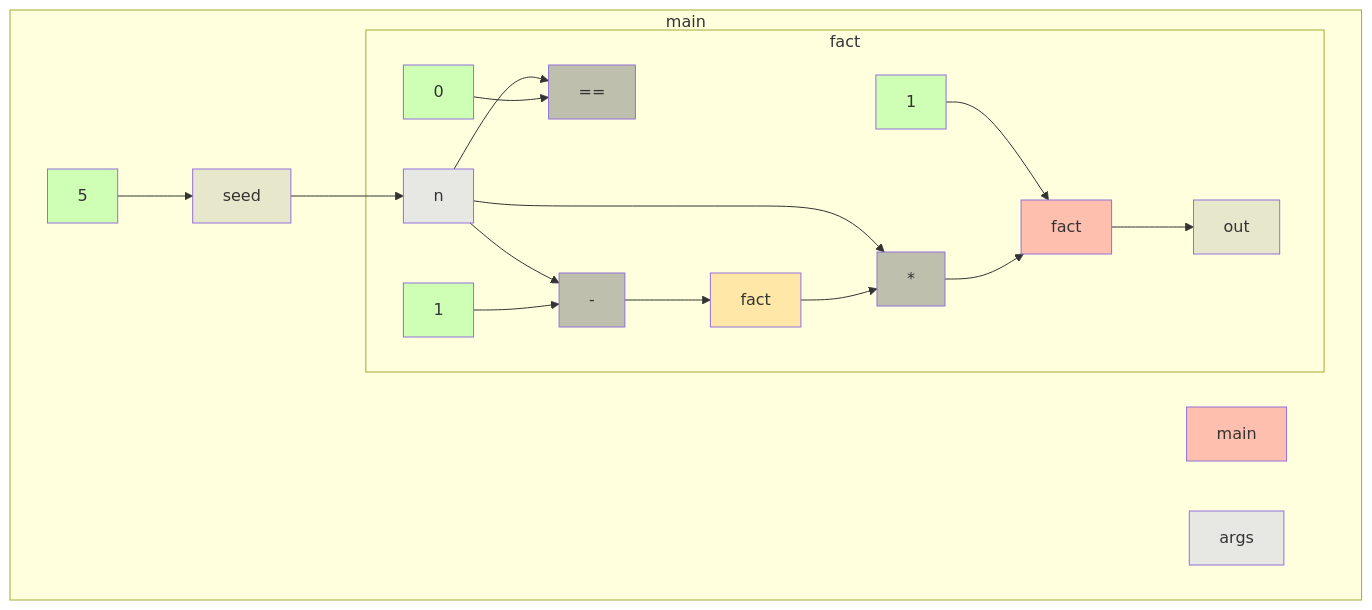
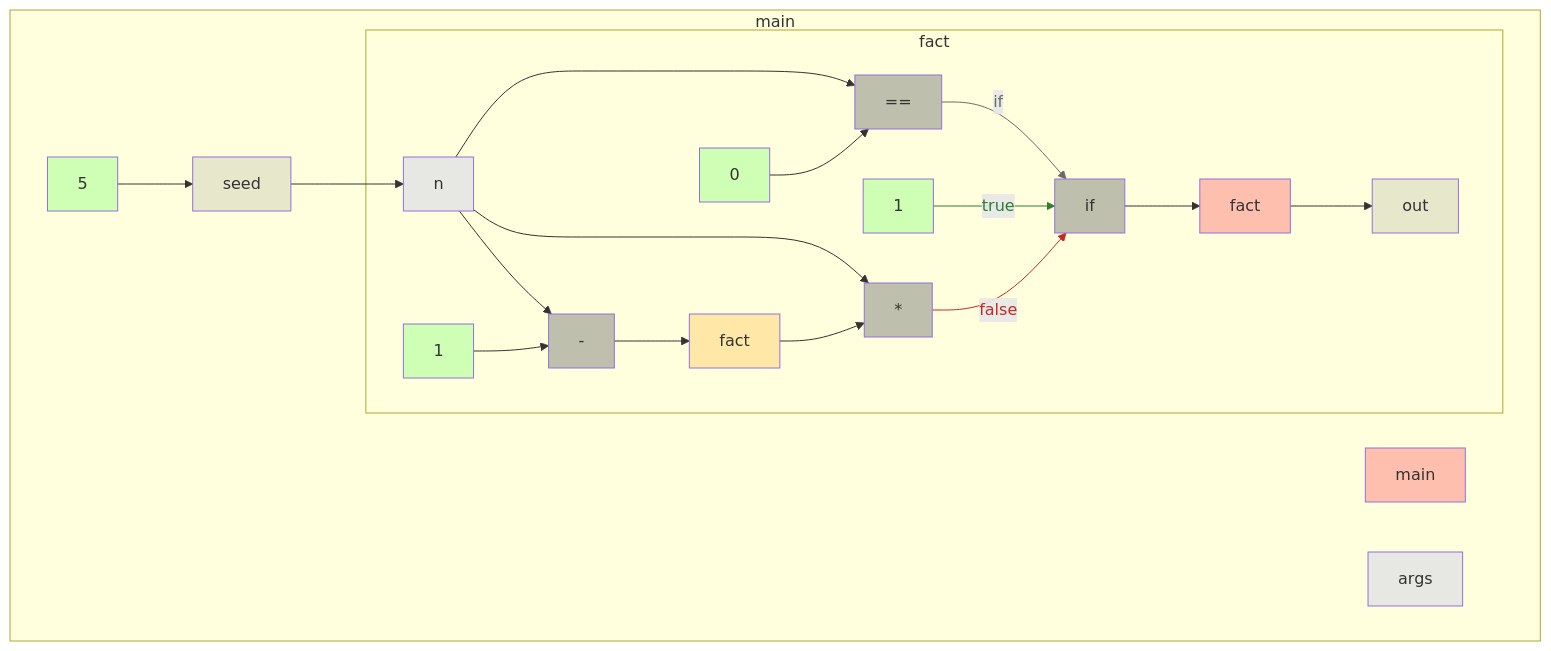
Before and after one commit to gstiebler/codeflow: the diagram in app/src/test/resources/recursion/truth.md, drawn with Mermaid. The commit also changed 6 other files, not shown here.

````diff
--- a/app/src/test/resources/recursion/truth.md
+++ b/app/src/test/resources/recursion/truth.md
@@ -1,40 +1,46 @@
 ```mermaid
 flowchart TD
   subgraph b0["main"]
     n1[main]:::RETURN
     n2[args]:::FUNC_PARAM
     n3[5]:::LITERAL
     n4[seed]:::VARIABLE
-    n15[out]:::VARIABLE
+    n16[out]:::VARIABLE
     n3[5]:::LITERAL --> n4[seed]:::VARIABLE
     n4[seed]:::VARIABLE --> n7[n]:::FUNC_PARAM
     subgraph b5["fact"]
       n6[fact]:::RETURN
       n7[n]:::FUNC_PARAM
       n8[0]:::LITERAL
       n9[==]:::BIN_OP
       n10[1]:::LITERAL
       n11[1]:::LITERAL
       n12[-]:::BIN_OP
       n13[fact]:::EXTERNAL
       n14[*]:::BIN_OP
-      n6[fact]:::RETURN --> n15[out]:::VARIABLE
+      n15[if]:::BIN_OP
+      n6[fact]:::RETURN --> n16[out]:::VARIABLE
       n7[n]:::FUNC_PARAM --> n9[==]:::BIN_OP
       n7[n]:::FUNC_PARAM --> n12[-]:::BIN_OP
       n7[n]:::FUNC_PARAM --> n14[*]:::BIN_OP
       n8[0]:::LITERAL --> n9[==]:::BIN_OP
-      n10[1]:::LITERAL --> n6[fact]:::RETURN
+      n9[==]:::BIN_OP -->|if| n15[if]:::BIN_OP
+      n10[1]:::LITERAL -->|true| n15[if]:::BIN_OP
       n11[1]:::LITERAL --> n12[-]:::BIN_OP
       n12[-]:::BIN_OP --> n13[fact]:::EXTERNAL
       n13[fact]:::EXTERNAL --> n14[*]:::BIN_OP
-      n14[*]:::BIN_OP --> n6[fact]:::RETURN
+      n14[*]:::BIN_OP -->|false| n15[if]:::BIN_OP
+      n15[if]:::BIN_OP --> n6[fact]:::RETURN
     end
   end
+  linkStyle 7 stroke:#6a6a6a,color:#6a6a6a
+  linkStyle 8 stroke:#2e7d32,color:#2e7d32
+  linkStyle 12 stroke:#c62828,color:#c62828
   classDef LITERAL fill:#00FF0030
   classDef VARIABLE fill:#80808030
   classDef BIN_OP fill:#80808080
   classDef FUNC_PARAM fill:#8080FF30
   classDef RETURN fill:#FF808080
   classDef EXTERNAL fill:#FFA50040
   classDef UNMODELLED fill:#FF000030,stroke-dasharray: 4 2
 ```
````
